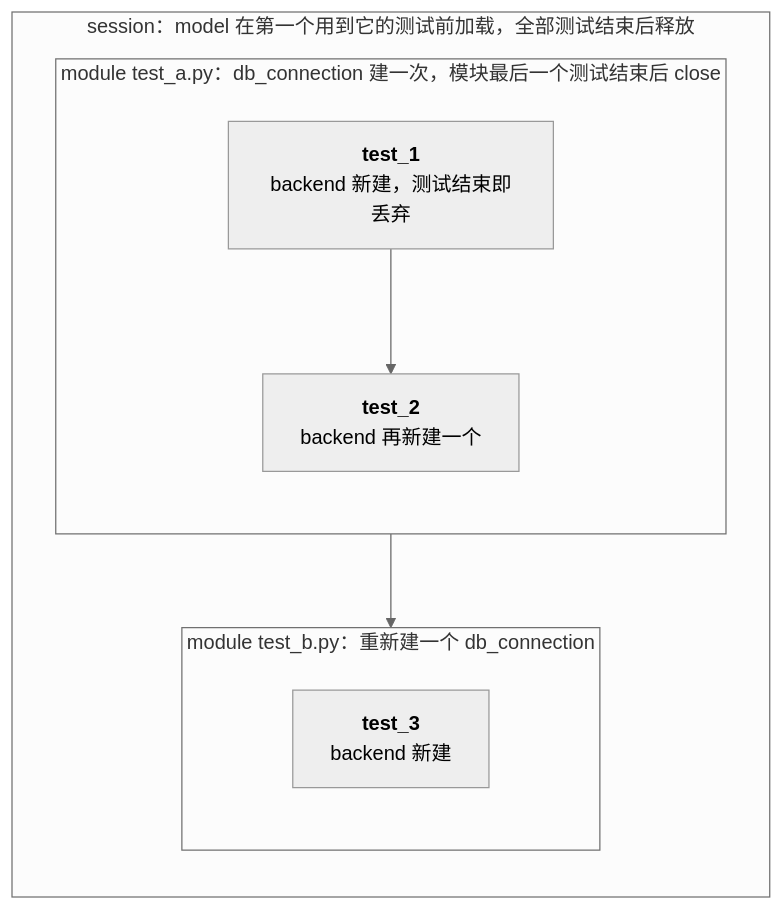
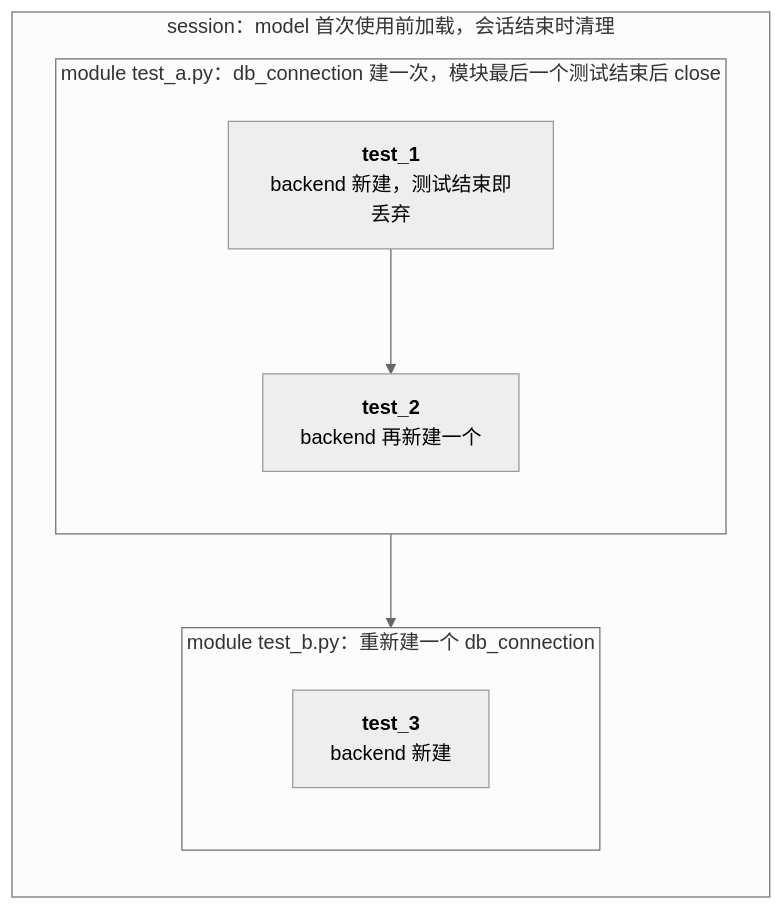
One commit to arganzheng/arganzheng.github.com changed the second of 7 diagrams in _posts/2026-01-29-python-unit-testing-troubleshooting-and-debugging.md. Above: the diagram before and after it, drawn with Mermaid (neutral theme). The commit also changed other lines of this file and 1 other file, not shown here.

Commit message:
Python 04/06：就近 Java 对照、补机制图与总览图、修正示例语法和技术表述

````diff
--- a/_posts/2026-01-29-python-unit-testing-troubleshooting-and-debugging.md
+++ b/_posts/2026-01-29-python-unit-testing-troubleshooting-and-debugging.md
@@ -249,18 +278,18 @@
 ```mermaid
 %% 图：三种 fixture scope 的生命周期嵌套：session 包住 module，module 包住每个测试
 flowchart TB
-    subgraph S["session：model 在第一个用到它的测试前加载，全部测试结束后释放"]
+    subgraph S["session：model 首次使用前加载，会话结束时清理"]
         direction TB
         subgraph M1["module test_a.py：db_connection 建一次，模块最后一个测试结束后 close"]
             direction TB
             T1["<b>test_1</b><br/>backend 新建，测试结束即丢弃"]
             T2["<b>test_2</b><br/>backend 再新建一个"]
             T1 --> T2
         end
         subgraph M2["module test_b.py：重新建一个 db_connection"]
             direction TB
             T3["<b>test_3</b><br/>backend 新建"]
         end
         M1 --> M2
     end
 ```
````
